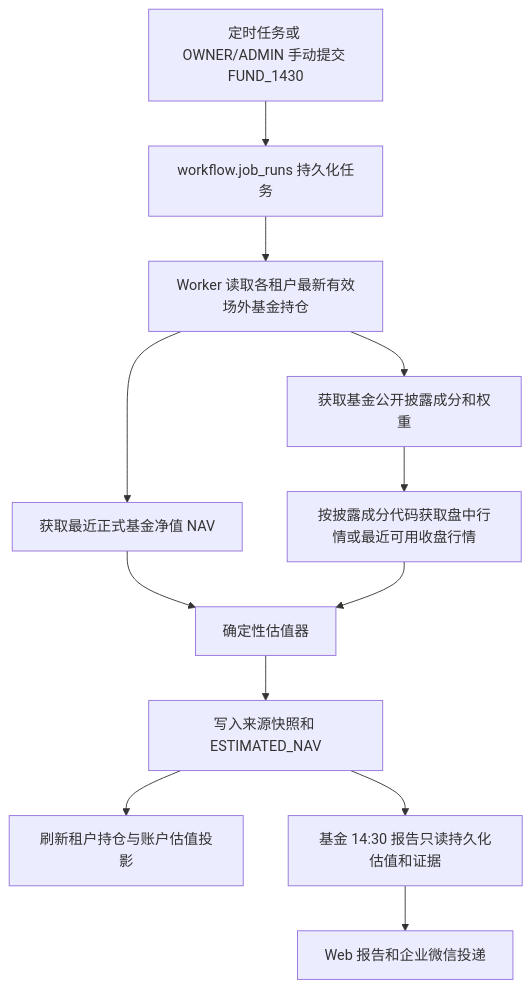
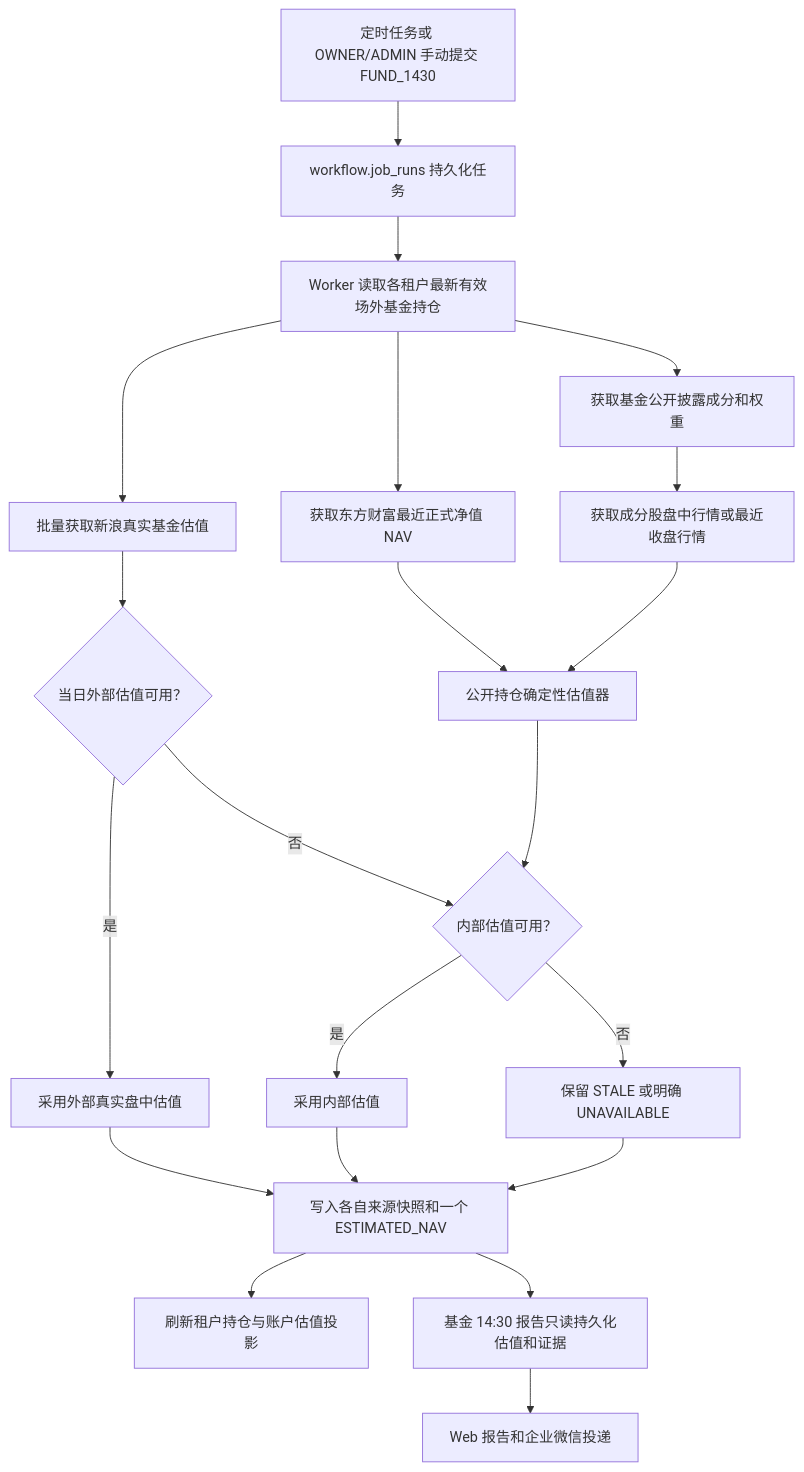
Before and after one commit to sinojelly/wealthsail: the diagram in docs/22.WealthSail基金盘中估值真实数据链路与模拟数据治理.md, drawn with Mermaid. The commit also changed other lines of this file and 8 other files, not shown here.

````diff
--- a/docs/22.WealthSail基金盘中估值真实数据链路与模拟数据治理.md
+++ b/docs/22.WealthSail基金盘中估值真实数据链路与模拟数据治理.md
@@ -52,14 +70,23 @@
 ```mermaid
 flowchart TD
     A["定时任务或 OWNER/ADMIN 手动提交 FUND_1430"] --> B["workflow.job_runs 持久化任务"]
     B --> C["Worker 读取各租户最新有效场外基金持仓"]
-    C --> D["获取最近正式基金净值 NAV"]
-    C --> E["获取基金公开披露成分和权重"]
-    E --> F["按披露成分代码获取盘中行情或最近可用收盘行情"]
-    D --> G["确定性估值器"]
-    F --> G
-    G --> H["写入来源快照和 ESTIMATED_NAV"]
-    H --> I["刷新租户持仓与账户估值投影"]
-    H --> J["基金 14:30 报告只读持久化估值和证据"]
-    J --> K["Web 报告和企业微信投递"]
+    C --> D["批量获取新浪真实基金估值"]
+    C --> E["获取东方财富最近正式净值 NAV"]
+    C --> F["获取基金公开披露成分和权重"]
+    F --> G["获取成分股盘中行情或最近收盘行情"]
+    E --> H["公开持仓确定性估值器"]
+    G --> H
+    D --> I{"当日外部估值可用？"}
+    I -->|是| J["采用外部真实盘中估值"]
+    I -->|否| K{"内部估值可用？"}
+    H --> K
+    K -->|是| L["采用内部估值"]
+    K -->|否| M["保留 STALE 或明确 UNAVAILABLE"]
+    J --> N["写入各自来源快照和一个 ESTIMATED_NAV"]
+    L --> N
+    M --> N
+    N --> O["刷新租户持仓与账户估值投影"]
+    N --> P["基金 14:30 报告只读持久化估值和证据"]
+    P --> Q["Web 报告和企业微信投递"]
 ```
````
